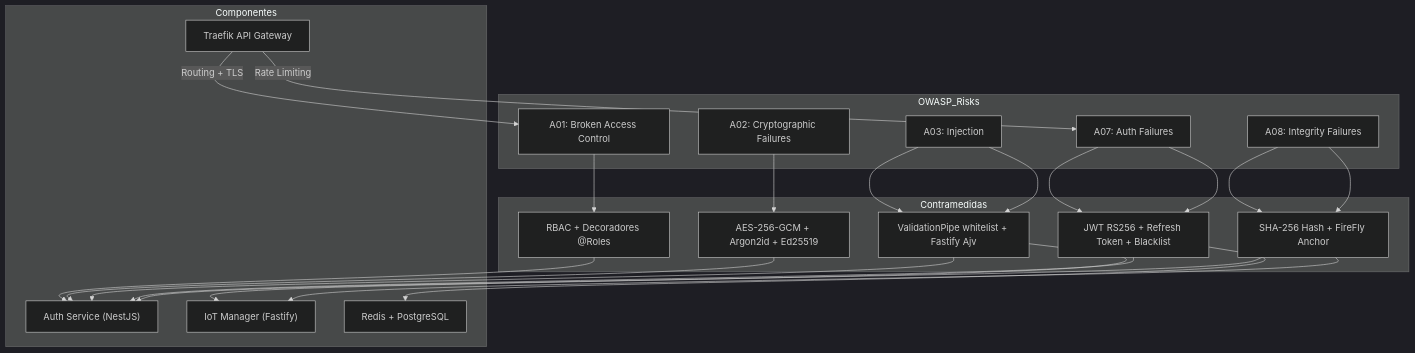
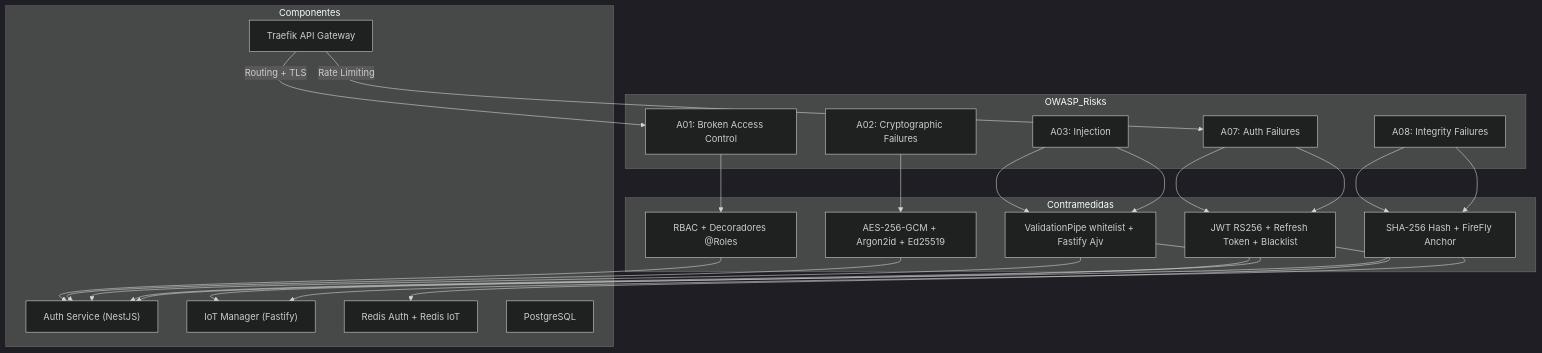
One commit to eromeroc97/TFG_AURORA_Blockchain changed the first of 4 diagrams in docs/ALIGNMENT.md. Above: the diagram before and after it, drawn with Mermaid (dark theme). The commit also changed other lines of this file and 3 other files, not shown here.

First line of the commit message:
Split Redis into auth and IoT instances in docs

````diff
--- a/docs/ALIGNMENT.md
+++ b/docs/ALIGNMENT.md
@@ -45,37 +45,38 @@
 ```mermaid
 graph TD
     subgraph OWASP_Risks
         A01["A01: Broken Access Control"]
         A02["A02: Cryptographic Failures"]
         A03["A03: Injection"]
         A07["A07: Auth Failures"]
         A08["A08: Integrity Failures"]
     end
 
     subgraph Contramedidas
         C1["RBAC + Decoradores @Roles"]
         C2["AES-256-GCM + Argon2id + Ed25519"]
         C3["ValidationPipe whitelist + Fastify Ajv"]
         C4["JWT RS256 + Refresh Token + Blacklist"]
         C5["SHA-256 Hash + FireFly Anchor"]
     end
 
     subgraph Componentes
         S1["Auth Service (NestJS)"]
         S2["IoT Manager (Fastify)"]
         S3["Traefik API Gateway"]
-        S4["Redis + PostgreSQL"]
+        S4["Redis Auth + Redis IoT"]
+        S5["PostgreSQL"]
     end
 
     A01 --> C1 --> S1
     A02 --> C2 --> S1
     A03 --> C3 --> S1
     A03 --> C3 --> S2
     A07 --> C4 --> S1
     A07 --> C4 --> S4
     A08 --> C5 --> S1
     A08 --> C5 --> S2
     
     S3 -->|"Routing + TLS"| A01
     S3 -->|"Rate Limiting"| A07
 ```
````
